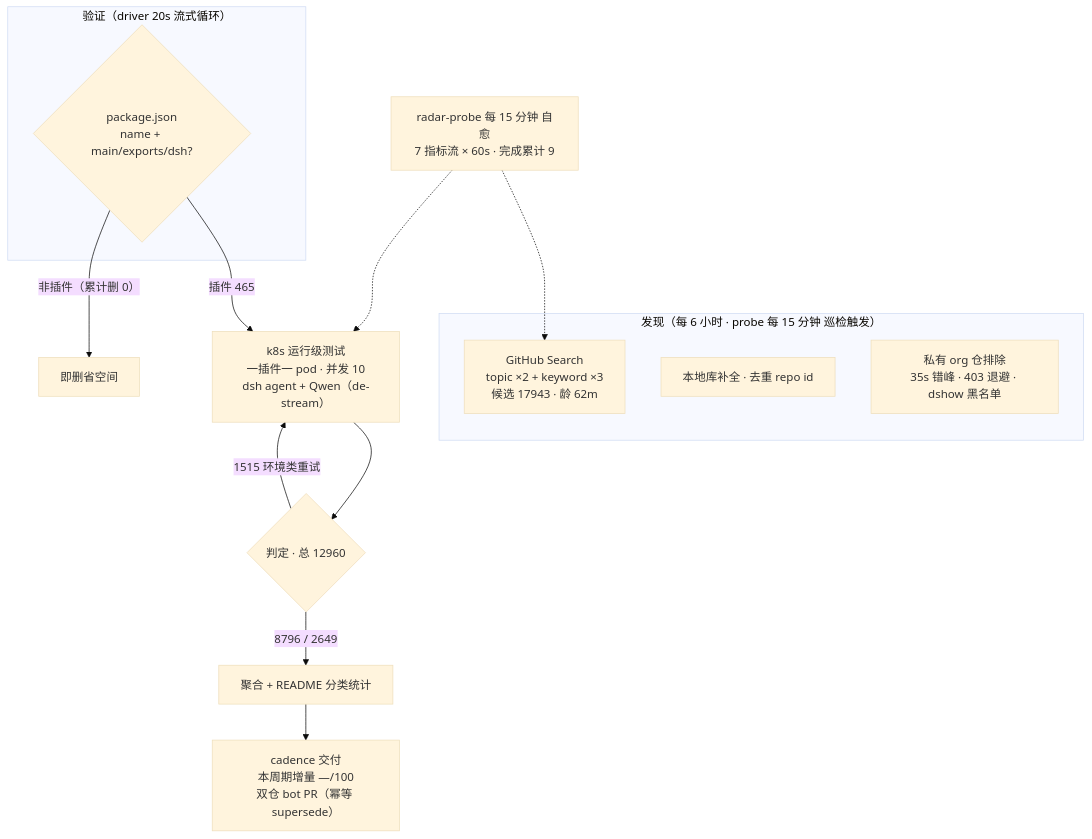
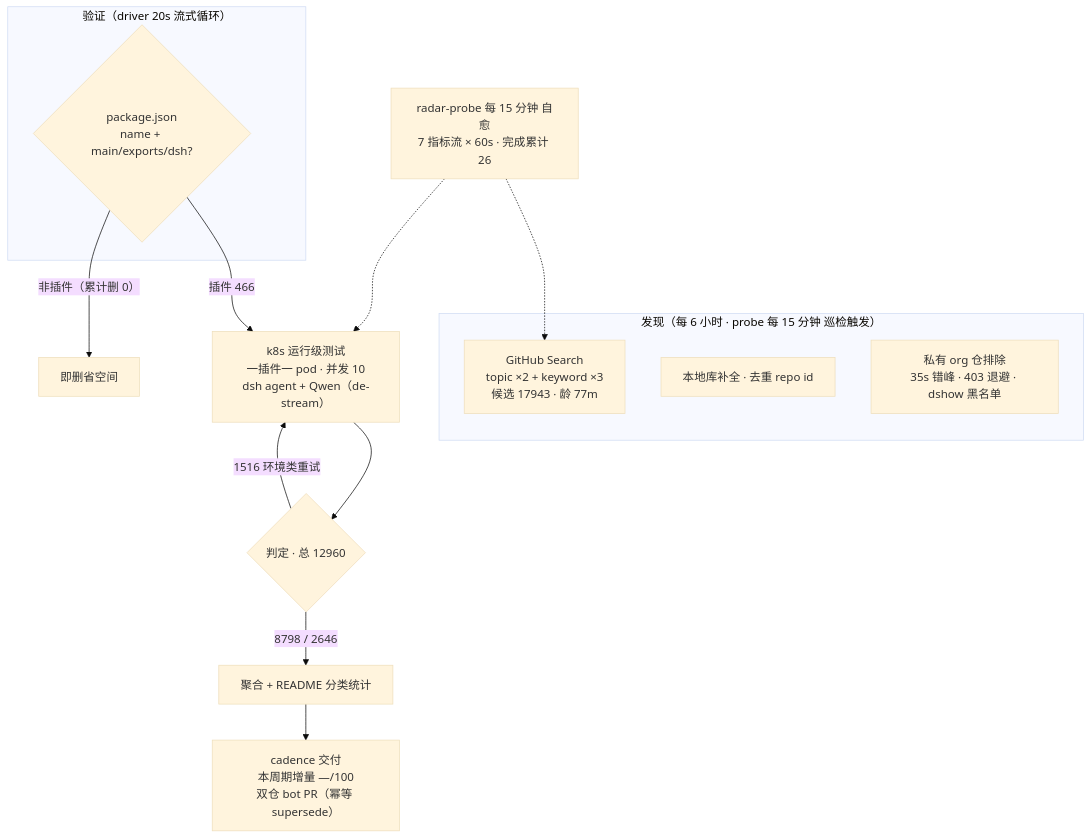
One commit to AdamPlatin123/awesome-dsh-plugins changed the diagram in README.md. Above: the diagram before and after it, drawn with Mermaid (base theme). The commit also changed other lines of this file and 5 other files, not shown here.

````diff
--- a/README.md
+++ b/README.md
@@ -52,20 +52,20 @@
 ```mermaid
 flowchart TB
     subgraph Discovery["发现（每 6 小时 · probe 每 15 分钟 巡检触发）"]
-        A1["GitHub Search<br/>topic ×2 + keyword ×3<br/>候选 17943 · 龄 62m"]
+        A1["GitHub Search<br/>topic ×2 + keyword ×3<br/>候选 17943 · 龄 77m"]
         A2["本地库补全 · 去重 repo id"]
         A3["私有 org 仓排除<br/>35s 错峰 · 403 退避 · dshow 黑名单"]
     end
     subgraph Validation["验证（driver 20s 流式循环）"]
         B1{"package.json<br/>name + main/exports/dsh?"}
     end
-    B1 -->|"插件 465"| C1["k8s 运行级测试<br/>一插件一 pod · 并发 10<br/>dsh agent + Qwen（de-stream）"]
+    B1 -->|"插件 466"| C1["k8s 运行级测试<br/>一插件一 pod · 并发 10<br/>dsh agent + Qwen（de-stream）"]
     B1 -->|"非插件（累计删 0）"| B3["即删省空间"]
     C1 --> D1{"判定 · 总 12960"}
-    D1 -->|"8796 / 2649"| E1["聚合 + README 分类统计"]
-    D1 -->|"1515 环境类重试"| C1
+    D1 -->|"8798 / 2646"| E1["聚合 + README 分类统计"]
+    D1 -->|"1516 环境类重试"| C1
     E1 --> E2["cadence 交付<br/>本周期增量 —/100<br/>双仓 bot PR（幂等 supersede）"]
-    M["radar-probe 每 15 分钟 自愈<br/>7 指标流 × 60s · 完成累计 9"]
+    M["radar-probe 每 15 分钟 自愈<br/>7 指标流 × 60s · 完成累计 26"]
     M -.-> A1
     M -.-> C1
 ```
````
